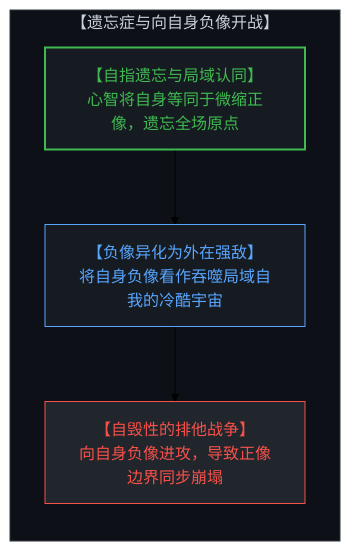
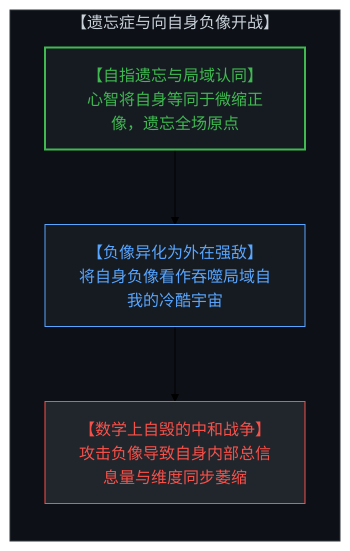
The fifth of 6 diagrams in content/posts/the-geometry-of-coexistence-and-the-dual-cut.md (powerpig99/not-a-toe), drawn with Mermaid (forest theme) before and after one commit. The commit also changed other lines of this file and 3 other files, not shown here.

````diff
--- a/content/posts/the-geometry-of-coexistence-and-the-dual-cut.md
+++ b/content/posts/the-geometry-of-coexistence-and-the-dual-cut.md
@@ -162,15 +169,15 @@
 ```mermaid
 graph TD
     subgraph ParallaxAmnesia["【遗忘症与向自身负像开战】"]
         direction TB
         DetachedAmnesia["【自指遗忘与局域认同】<br>心智将自身等同于微缩正像，遗忘全场原点"]
         AlienatedDual["【负像异化为外在强敌】<br>将自身负像看作吞噬局域自我的冷酷宇宙"]
-        ZeroSumWar["【自毁性的排他战争】<br>向自身负像进攻，导致正像边界同步崩塌"]
+        SelfDefeatingWar["【数学上自毁的中和战争】<br>攻击负像导致自身内部总信息量与维度同步萎缩"]
         DetachedAmnesia --> AlienatedDual
-        AlienatedDual --> ZeroSumWar
+        AlienatedDual --> SelfDefeatingWar
     end
     style ParallaxAmnesia fill:#0d1117,stroke:#30363d,stroke-width:1px,color:#c9d1d9
     style DetachedAmnesia fill:#161b22,stroke:#3fb950,stroke-width:2px,color:#3fb950
     style AlienatedDual fill:#161b22,stroke:#58a6ff,stroke-width:1px,color:#58a6ff
-    style ZeroSumWar fill:#21262d,stroke:#f85149,stroke-width:1px,color:#f85149
+    style SelfDefeatingWar fill:#21262d,stroke:#f85149,stroke-width:1px,color:#f85149
 ```
````
